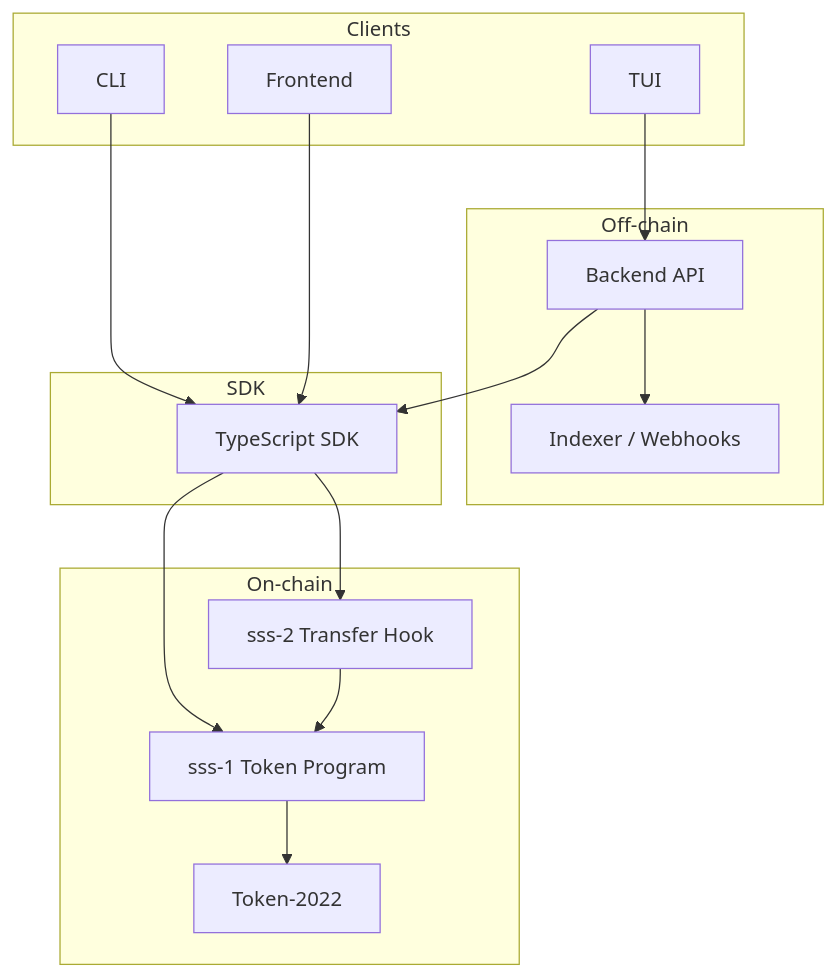
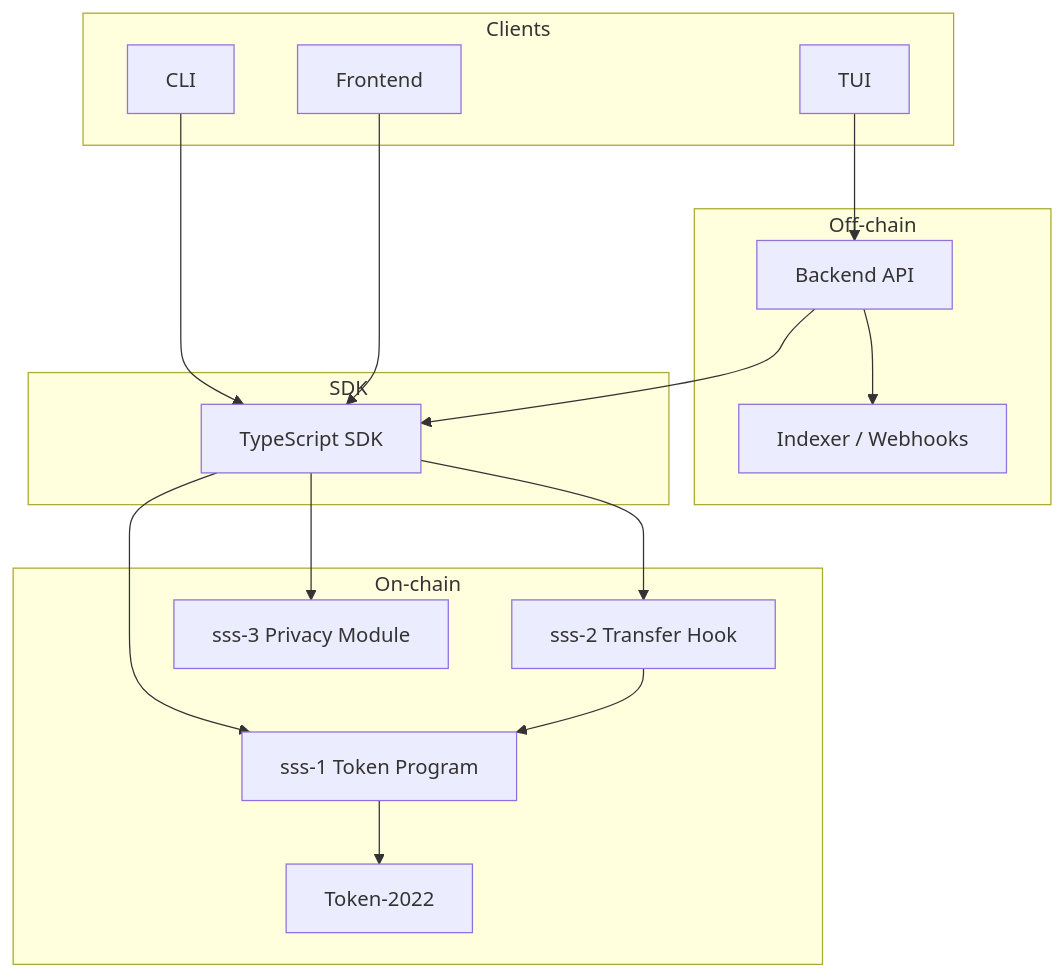
Before and after one commit to luckysitara/solana-stablecoin-standard: the diagram in docs/ARCH.md, drawn with Mermaid. The commit also changed other lines of this file and 8 other files, not shown here.

````diff
--- a/docs/ARCH.md
+++ b/docs/ARCH.md
@@ -9,29 +9,31 @@
 ```mermaid
 flowchart TB
   subgraph clients [Clients]
     TUI[TUI]
     CLI[CLI]
     Frontend[Frontend]
   end
   subgraph offchain [Off-chain]
     Backend[Backend API]
     Indexer[Indexer / Webhooks]
   end
   subgraph sdk [SDK]
     SDKCore[TypeScript SDK]
   end
   subgraph chain [On-chain]
     SSS1[sss-1 Token Program]
     SSS2[sss-2 Transfer Hook]
+    SSS3[sss-3 Privacy Module]
     Token2022[Token-2022]
   end
   TUI --> Backend
   CLI --> SDKCore
   Frontend --> SDKCore
   Backend --> SDKCore
   Backend --> Indexer
   SDKCore --> SSS1
   SDKCore --> SSS2
+  SDKCore --> SSS3
   SSS1 --> Token2022
   SSS2 --> SSS1
 ```
````
